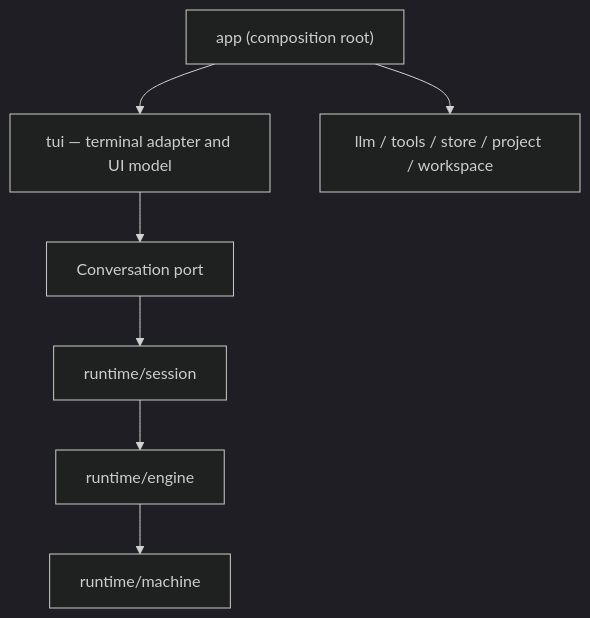
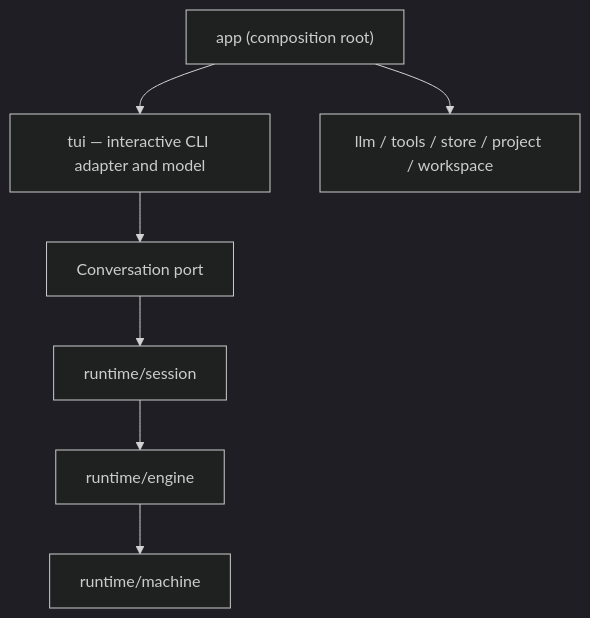
Before and after one commit to Boatjoey/super-agent-py: the diagram in docs/architecture.md, drawn with Mermaid (dark theme). The commit also changed other lines of this file and 52 other files, not shown here.

````diff
--- a/docs/architecture.md
+++ b/docs/architecture.md
@@ -5,17 +5,17 @@
 ```mermaid
 flowchart TD
     app["app (composition root)"]
-    tui["tui — terminal adapter and UI model"]
+    tui["tui — interactive CLI adapter and model"]
     adapters["llm / tools / store / project / workspace"]
     port["Conversation port"]
     session["runtime/session"]
     engine["runtime/engine"]
     machine["runtime/machine"]
 
     app --> tui
     app --> adapters
     tui --> port
     port --> session
     session --> engine
     engine --> machine
 ```
````
